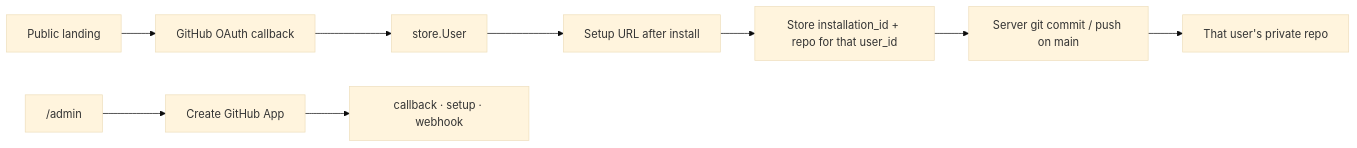
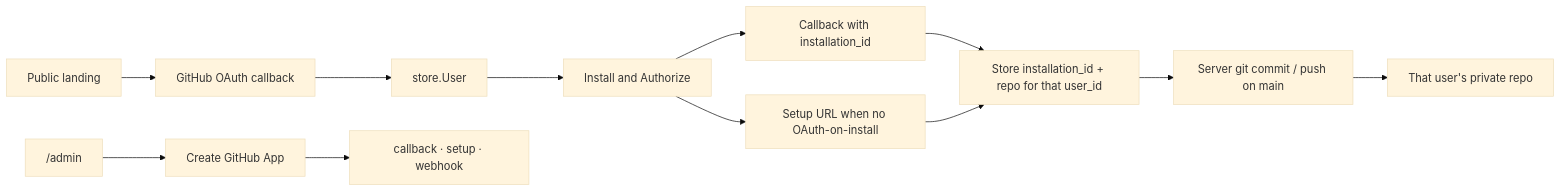
Before and after one commit to shangeethsivan/Syncidian: the fourth of 7 diagrams in README.md, drawn with Mermaid (base theme). The commit also changed other lines of this file and 8 other files, not shown here.

First line of the commit message:
Fix GitHub Install & Authorize not binding the repository

````diff
--- a/README.md
+++ b/README.md
@@ -397,11 +397,14 @@
 ```mermaid
 flowchart LR
   Land["Public landing"] --> OAuth["GitHub OAuth callback"]
   OAuth --> User["store.User"]
   Admin["/admin"] --> Manifest["Create GitHub App"]
   Manifest --> URLs["callback · setup · webhook"]
-  User --> Setup["Setup URL after install"]
-  Setup --> Map["Store installation_id + repo for that user_id"]
+  User --> Install["Install and Authorize"]
+  Install --> Callback["Callback with installation_id"]
+  Install --> Setup["Setup URL when no OAuth-on-install"]
+  Callback --> Map["Store installation_id + repo for that user_id"]
+  Setup --> Map
   Map --> Git["Server git commit / push on main"]
   Git --> Repo["That user's private repo"]
 ```
````
